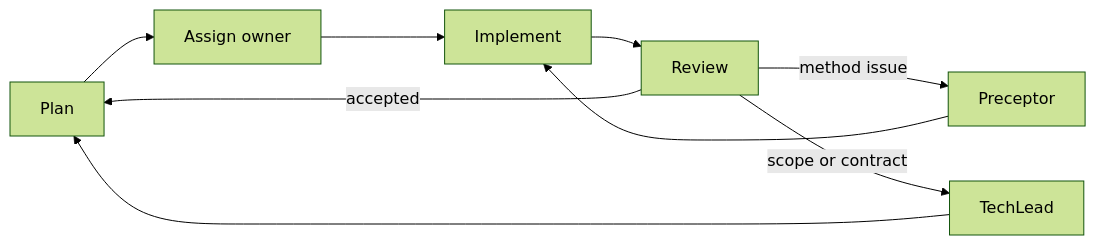
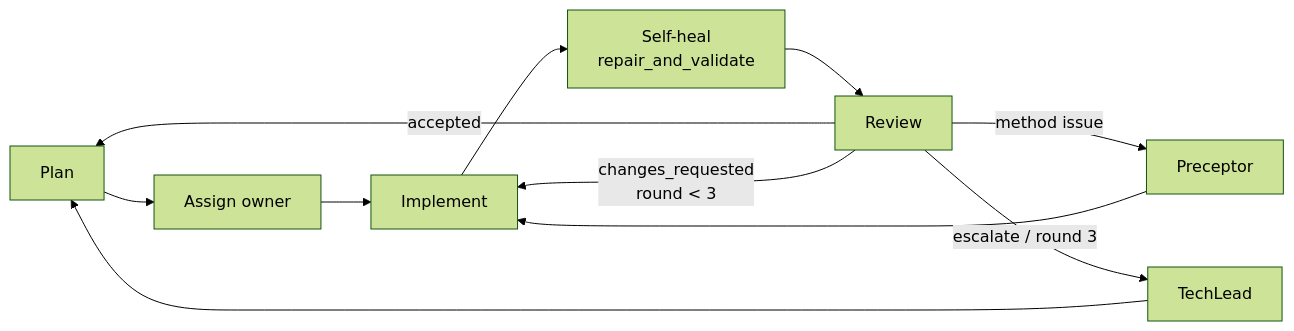
Before and after one commit to cyphou/BigQueryToFabric: the diagram in .github/agent-instructions.md, drawn with Mermaid (forest theme). The commit also changed other lines of this file and 18 other files, not shown here.

First line of the commit message:
Add agent feedback loop with verdict schema, review ledger, and bounded self-healing

````diff
--- a/.github/agent-instructions.md
+++ b/.github/agent-instructions.md
@@ -15,11 +15,13 @@
 ```mermaid
 flowchart LR
     P[Plan] --> A[Assign owner]
     A --> I[Implement]
-    I --> R[Review]
+    I --> SH[Self-heal<br/>repair_and_validate]
+    SH --> R[Review]
     R -->|accepted| P
+    R -->|changes_requested<br/>round < 3| I
     R -->|method issue| PR[Preceptor]
-    R -->|scope or contract| TL[TechLead]
+    R -->|escalate / round 3| TL[TechLead]
     PR --> I
     TL --> P
 ```
````
